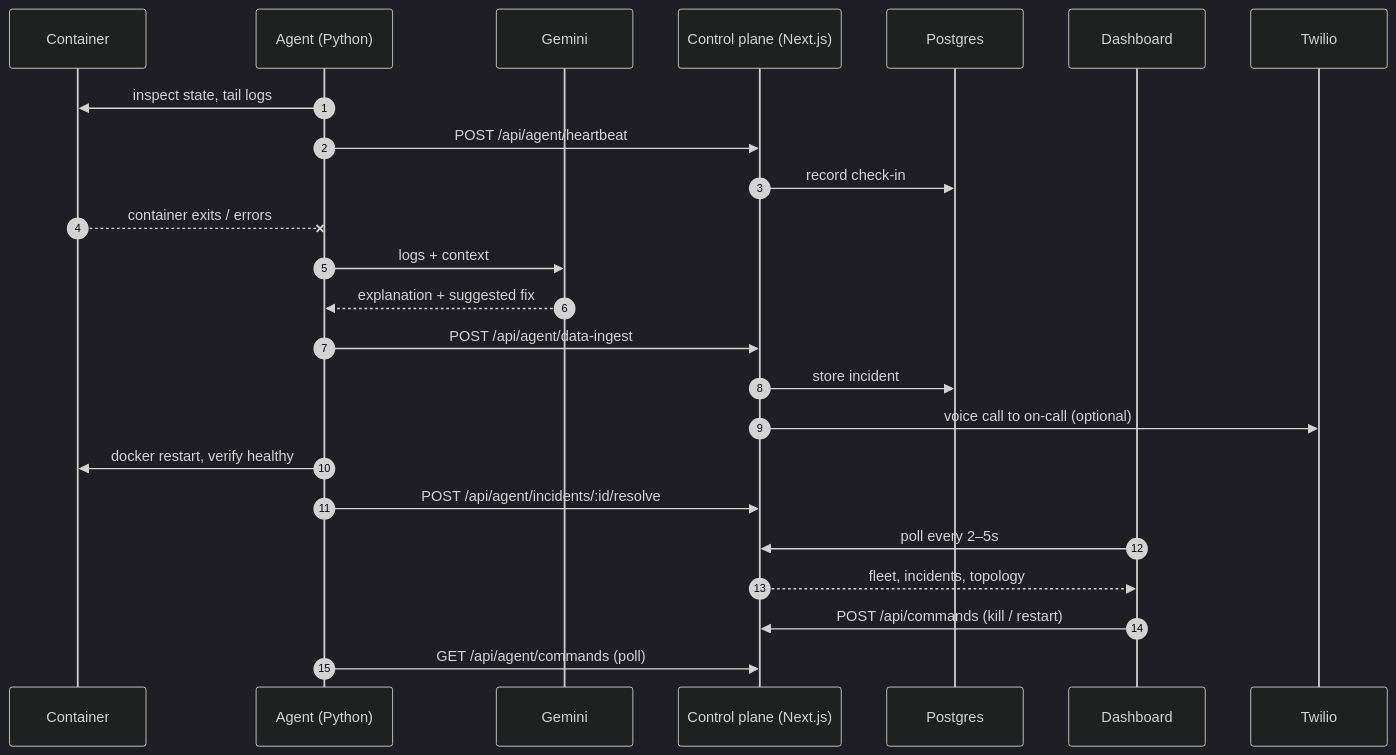
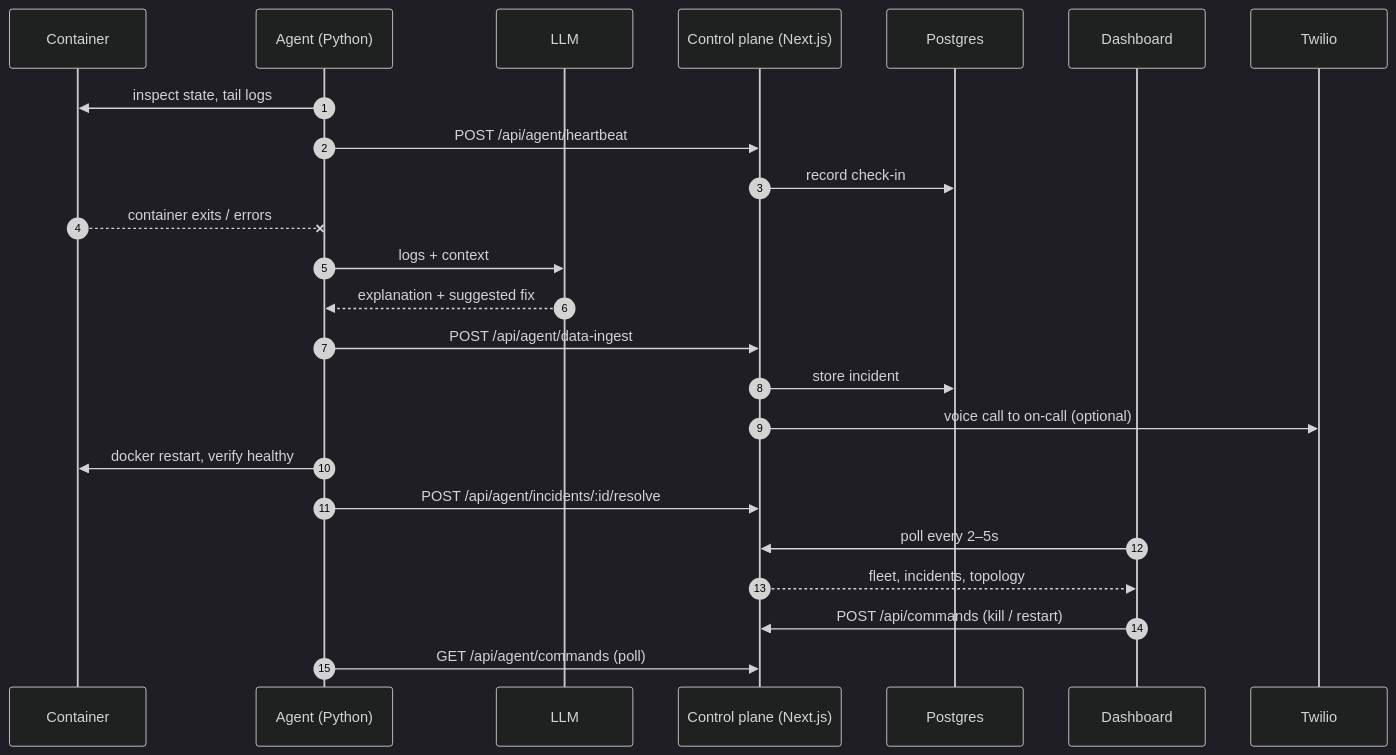
The first of 2 diagrams in README.md (PakmanGames/Continuum), drawn with Mermaid (dark theme) before and after one commit. The commit also changed other lines of this file, not shown here.

````diff
--- a/README.md
+++ b/README.md
@@ -57,27 +57,27 @@
 ```mermaid
 sequenceDiagram
     autonumber
     participant C as Container
     participant A as Agent (Python)
-    participant G as Gemini
+    participant G as LLM
     participant API as Control plane (Next.js)
     participant DB as Postgres
     participant UI as Dashboard
     participant T as Twilio
 
     A->>C: inspect state, tail logs
     A->>API: POST /api/agent/heartbeat
     API->>DB: record check-in
     C--xA: container exits / errors
     A->>G: logs + context
     G-->>A: explanation + suggested fix
     A->>API: POST /api/agent/data-ingest
     API->>DB: store incident
     API->>T: voice call to on-call (optional)
     A->>C: docker restart, verify healthy
     A->>API: POST /api/agent/incidents/:id/resolve
     UI->>API: poll every 2–5s
     API-->>UI: fleet, incidents, topology
     UI->>API: POST /api/commands (kill / restart)
     A->>API: GET /api/agent/commands (poll)
 ```
````
